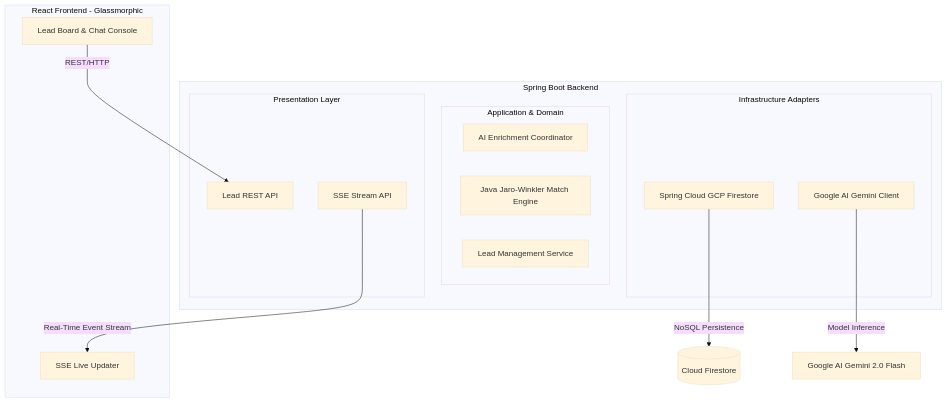
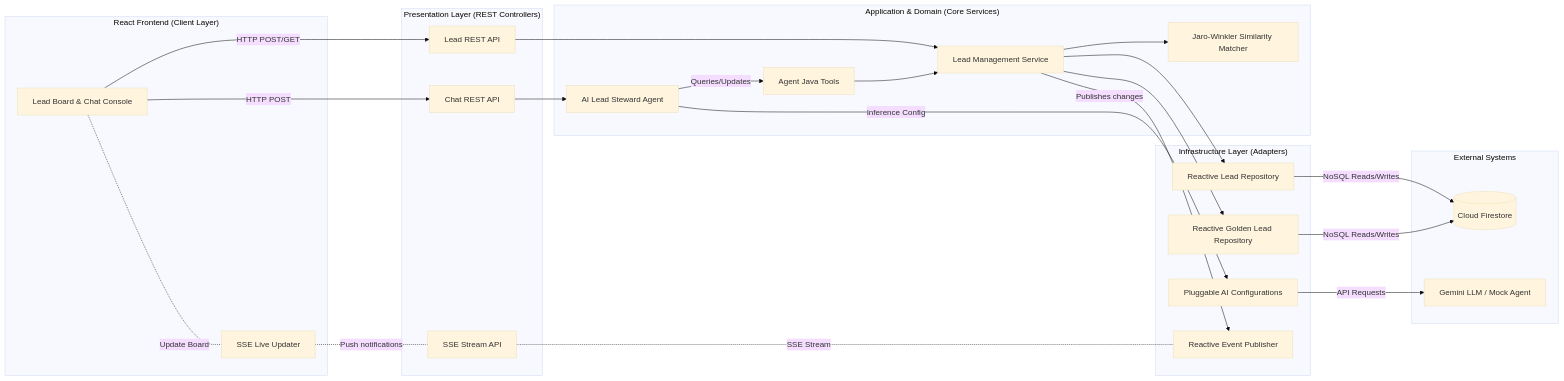
One commit to cyarchitect/gcp-smartlead-agent changed the diagram in docs/implementation_plan.md. Above: the diagram before and after it, drawn with Mermaid (base theme). The commit also changed other lines of this file, not shown here.

Commit message:
docs: update architecture diagram layout to Left-to-Right

````diff
--- a/docs/implementation_plan.md
+++ b/docs/implementation_plan.md
@@ -5,30 +5,68 @@
 ```mermaid
-graph TD
-    subgraph Client [React Frontend - Glassmorphic]
-        UI[Lead Board & Chat Console]
-        SSE[SSE Live Updater]
+graph LR
+    %% 1. Client Layer (Left)
+    subgraph Client ["React Frontend (Client Layer)"]
+        UI["Lead Board & Chat Console"]
+        SSE["SSE Live Updater"]
     end
 
-    subgraph Service [Spring Boot Backend]
-        subgraph REST [Presentation Layer]
-            LeadController[Lead REST API]
-            EventController[SSE Stream API]
-        end
-
-        subgraph Core [Application & Domain]
-            Enricher[AI Enrichment Coordinator]
-            MatchEngine[Java Jaro-Winkler Match Engine]
-            LeadService[Lead Management Service]
-        end
-
-        subgraph Adapt [Infrastructure Adapters]
-            Firestore[Spring Cloud GCP Firestore]
-            GoogleAI[Google AI Gemini Client]
-        end
+    %% 2. Presentation Layer
+    subgraph REST ["Presentation Layer (REST Controllers)"]
+        LeadController["Lead REST API"]
+        ChatController["Chat REST API"]
+        EventController["SSE Stream API"]
     end
 
-    UI -->|REST/HTTP| LeadController
-    EventController -->|Real-Time Event Stream| SSE
-    Firestore -->|NoSQL Persistence| GCP_FS[(Cloud Firestore)]
-    GoogleAI -->|Model Inference| GCP_Gemini[Google AI Gemini 2.0 Flash]
+    %% 3. Core Application Layer
+    subgraph Core ["Application & Domain (Core Services)"]
+        LeadAgent["AI Lead Steward Agent"]
+        LeadTools["Agent Java Tools"]
+        LeadService["Lead Management Service"]
+        JaroWinklerMatcher["Jaro-Winkler Similarity Matcher"]
+    end
+
+    %% 4. Infrastructure Layer
+    subgraph Adapt ["Infrastructure Layer (Adapters)"]
+        AiConfig["Pluggable AI Configurations"]
+        LeadRepository["Reactive Lead Repository"]
+        GoldenLeadRepository["Reactive Golden Lead Repository"]
+        EventPublisher["Reactive Event Publisher"]
+    end
+
+    %% 5. External Services (Right)
+    subgraph Ext ["External Systems"]
+        GCP_FS[("Cloud Firestore")]
+        Model["Gemini LLM / Mock Agent"]
+    end
+
+    %% --- CONNECTIONS ---
+    
+    %% Client Request Flow
+    UI -->|HTTP POST/GET| LeadController
+    UI -->|HTTP POST| ChatController
+
+    %% Presentation to Core
+    LeadController --> LeadService
+    ChatController --> LeadAgent
+
+    %% Core Business Logic & Tools
+    LeadAgent -->|Queries/Updates| LeadTools
+    LeadTools --> LeadService
+    LeadService --> JaroWinklerMatcher
+
+    %% Core to Infrastructure Adapters
+    LeadService --> LeadRepository
+    LeadService --> GoldenLeadRepository
+    LeadAgent -->|Inference Config| AiConfig
+
+    %% Adapters to External Services
+    LeadRepository -->|NoSQL Reads/Writes| GCP_FS
+    GoldenLeadRepository -->|NoSQL Reads/Writes| GCP_FS
+    AiConfig -->|API Requests| Model
+
+    %% Real-Time Event Sync Loop
+    LeadService -->|Publishes changes| EventPublisher
+    EventController <-.-|SSE Stream| EventPublisher
+    SSE <-.-|Push notifications| EventController
+    UI <-.-|Update Board| SSE
 ```
````
